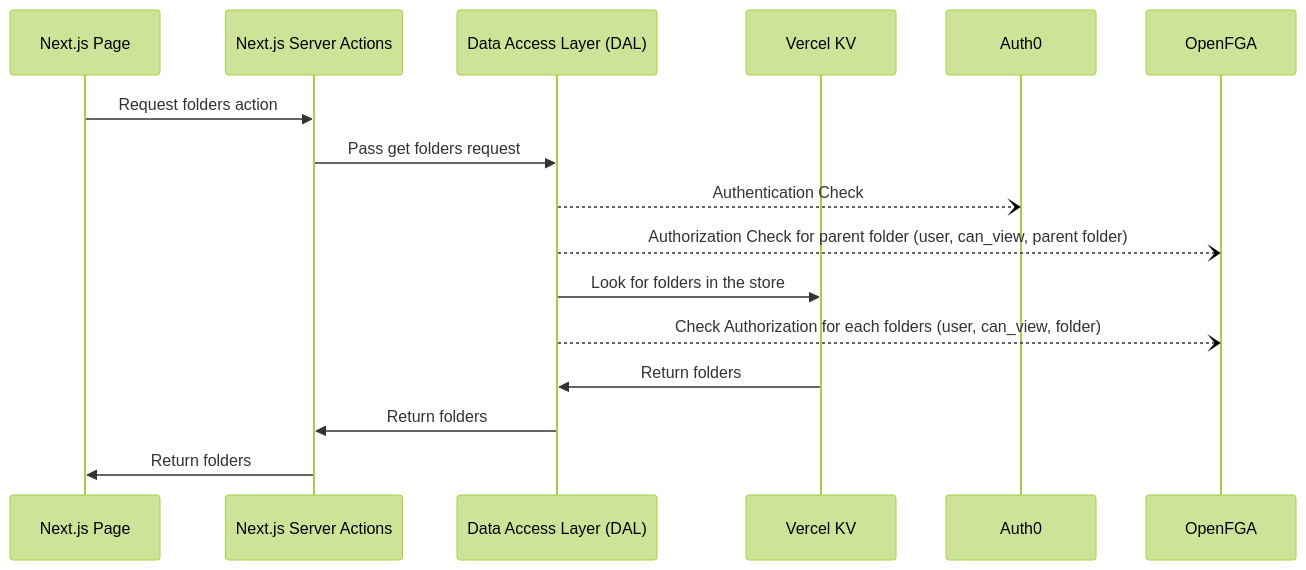
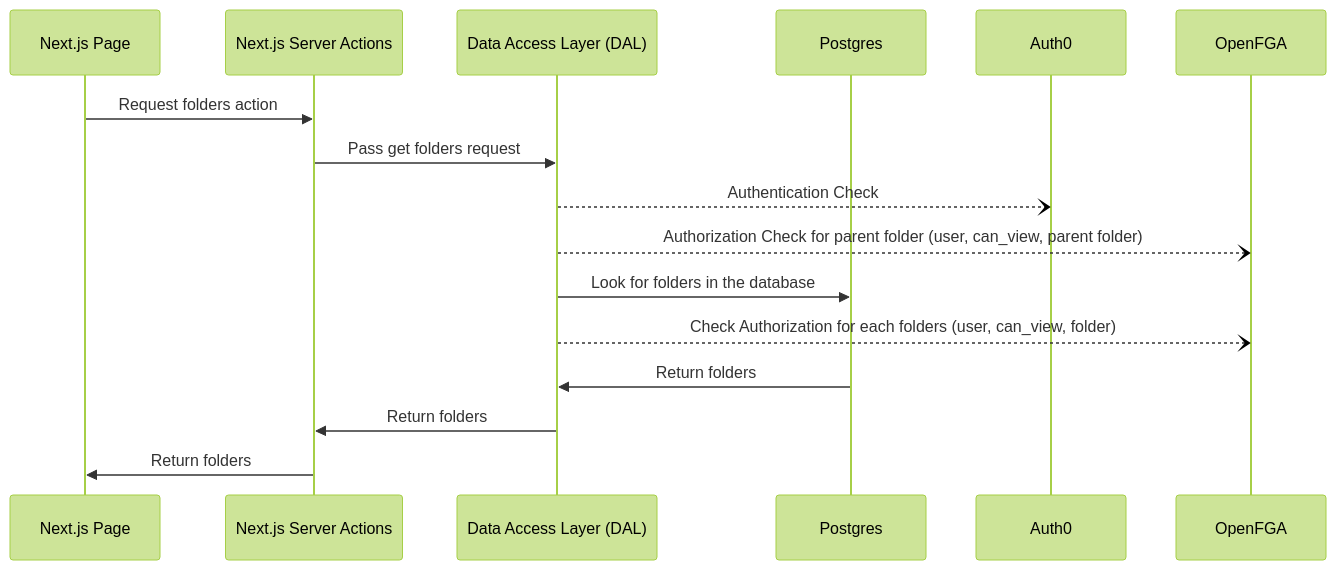
One commit to oktadev/fga-drive-example changed the sixth of 8 diagrams in README.md. Above: the diagram before and after it, drawn with Mermaid (forest theme). The commit also changed other lines of this file and 1 other file, not shown here.

Commit message:
Update readme with Postgres info

````diff
--- a/README.md
+++ b/README.md
@@ -301,18 +305,18 @@
 ```mermaid
 sequenceDiagram;
   participant Next.js Page
   participant Next.js Server Actions
   participant Data Access Layer (DAL)
-  participant Vercel KV
+  participant Postgres
   participant Auth0
   participant OpenFGA
   Next.js Page->>Next.js Server Actions: Request folders action
   Next.js Server Actions->>Data Access Layer (DAL): Pass get folders request
   Data Access Layer (DAL)--)Auth0: Authentication Check
   Data Access Layer (DAL)--)OpenFGA: Authorization Check for parent folder (user, can_view, parent folder)
-  Data Access Layer (DAL)->>Vercel KV: Look for folders in the store
+  Data Access Layer (DAL)->>Postgres: Look for folders in the database
   Data Access Layer (DAL)--)OpenFGA: Check Authorization for each folders (user, can_view, folder)
-  Vercel KV->>Data Access Layer (DAL): Return folders
+  Postgres->>Data Access Layer (DAL): Return folders
   Data Access Layer (DAL)->>Next.js Server Actions: Return folders
   Next.js Server Actions->>Next.js Page: Return folders
 ```
````
